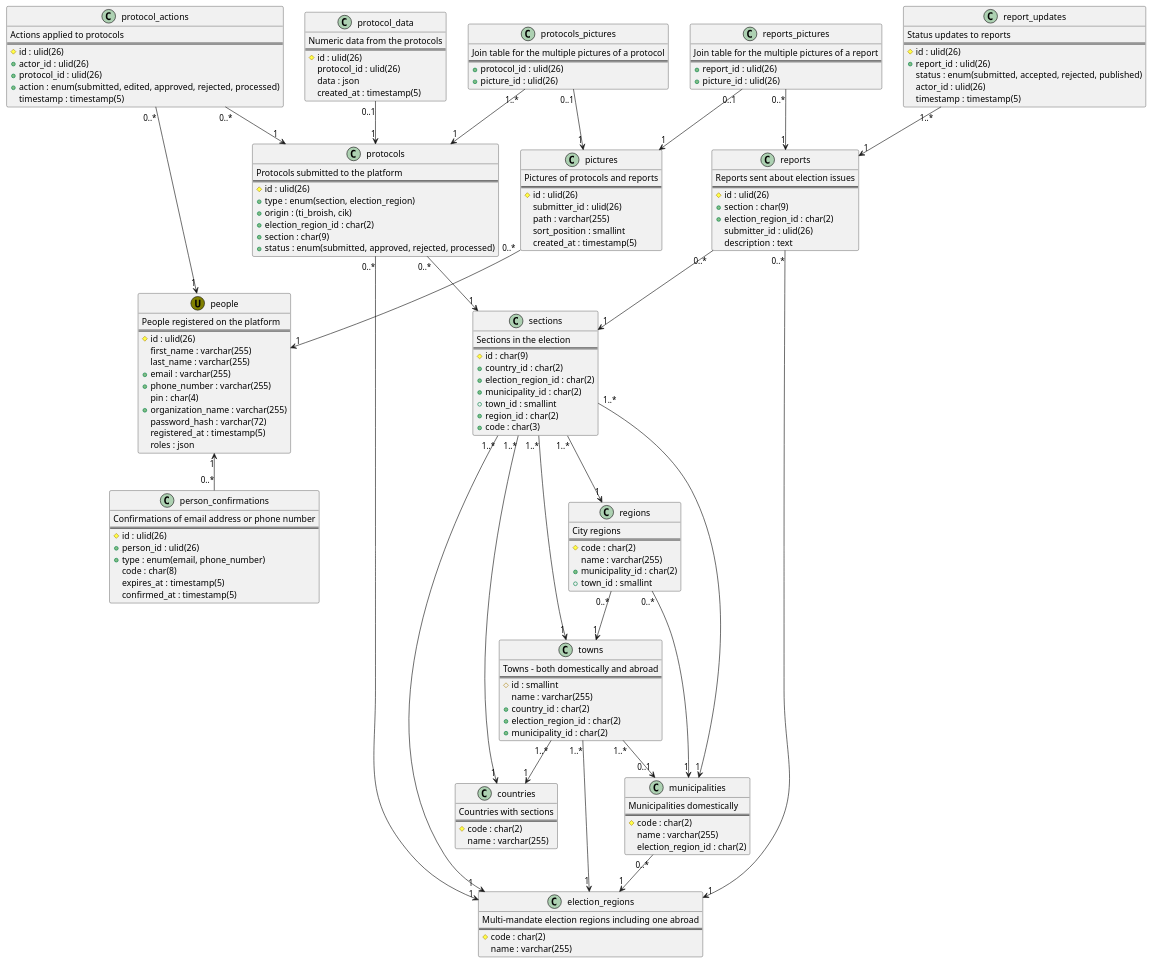
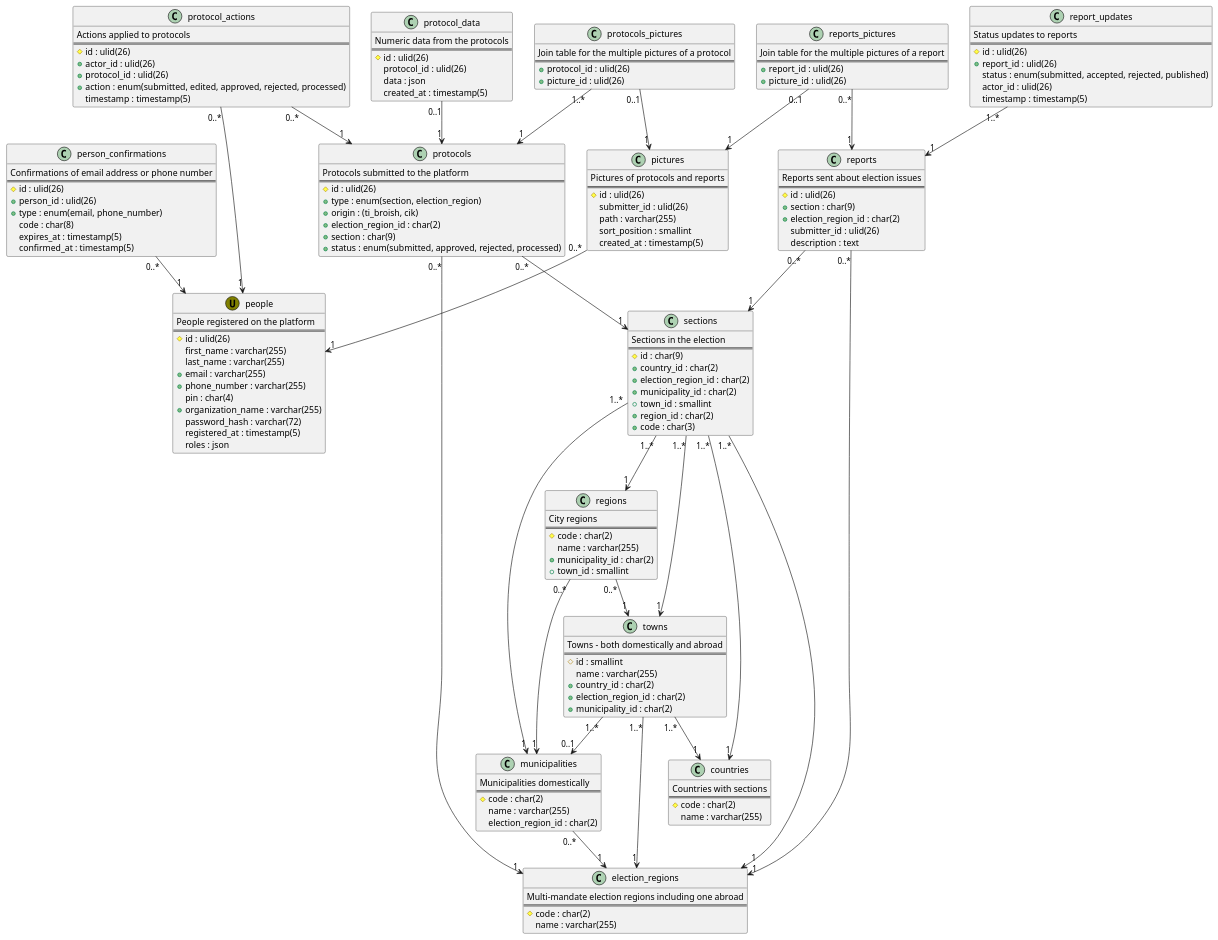
Before and after one commit to ti-broish/docs: the diagram in src/Контекст/Ти Броиш/База Данни/1.database.puml, drawn with PlantUML.

Commit message:
Unify db relationships direction

```diff
--- a/src/Контекст/Ти Броиш/База Данни/1.database.puml
+++ b/src/Контекст/Ти Броиш/База Данни/1.database.puml
@@ -1,194 +1,194 @@
 @startuml database
 
 class people <<(U,olive)>> {
   People registered on the platform
   ==
   #id : ulid(26)
   first_name : varchar(255)
   last_name : varchar(255)
   +email : varchar(255)
   +phone_number : varchar(255)
   pin : char(4)
   +organization_name : varchar(255)
   password_hash : varchar(72)
   registered_at : timestamp(5)
   roles : json
 }
 
-people "1" <-- "0..*" person_confirmations
+person_confirmations "0..*" --> "1" people
 
 class person_confirmations {
     Confirmations of email address or phone number
     ==
     #id : ulid(26)
     +person_id : ulid(26)
     +type : enum(email, phone_number)
     code : char(8)
     expires_at : timestamp(5)
     confirmed_at : timestamp(5)
 }
 
 class sections {
     Sections in the election
     ==
     #id : char(9)
     +country_id : char(2)
     +election_region_id : char(2)
     +municipality_id : char(2)
     +town_id : smallint
     +region_id : char(2)
     +code : char(3)
 }
 
 sections "1..*" --> "1" countries
 sections "1..*" --> "1" election_regions
 sections "1..*" --> "1" municipalities
 sections "1..*" --> "1" regions
 sections "1..*" --> "1" towns
 
 class protocols {
     Protocols submitted to the platform
     ==
     #id : ulid(26)
     +type : enum(section, election_region)
     +origin : (ti_broish, cik)
     +election_region_id : char(2)
     +section : char(9)
     +status : enum(submitted, approved, rejected, processed)
 }
 
 protocols "0..*" --> "1" sections
 protocols "0..*" --> "1" election_regions
 
 class protocol_data {
     Numeric data from the protocols
     ==
     #id : ulid(26)
     protocol_id : ulid(26)
     data : json
     created_at : timestamp(5)
 }
 
 protocol_data "0..1" --> "1" protocols
 
 class protocol_actions {
     Actions applied to protocols
     ==
     #id : ulid(26)
     +actor_id : ulid(26)
     +protocol_id : ulid(26)
     +action : enum(submitted, edited, approved, rejected, processed)
     timestamp : timestamp(5)
 }
 
 protocol_actions "0..*" --> "1" protocols
 protocol_actions "0..*" --> "1" people
 
 class reports {
     Reports sent about election issues
     ==
     #id : ulid(26)
     +section : char(9)
     +election_region_id : char(2)
     submitter_id : ulid(26)
     description : text
 }
 
 reports "0..*" --> "1" sections
 reports "0..*" --> "1" election_regions
 
 class report_updates {
     Status updates to reports
     ==
     #id : ulid(26)
     +report_id : ulid(26)
     status : enum(submitted, accepted, rejected, published)
     actor_id : ulid(26)
     timestamp : timestamp(5)
 }
 
 report_updates "1..*" --> "1" reports
 
 class pictures {
     Pictures of protocols and reports
     ==
     #id : ulid(26)
     submitter_id : ulid(26)
     path : varchar(255)
     sort_position : smallint
     created_at : timestamp(5)
 }
 
 pictures "0..*" --> "1" people
 
 class reports_pictures {
     Join table for the multiple pictures of a report
     ==
     +report_id : ulid(26)
     +picture_id : ulid(26)
 }
 
 reports_pictures "0..1" --> "1" pictures
 reports_pictures "0..*" --> "1" reports
 
 class protocols_pictures {
     Join table for the multiple pictures of a protocol
     ==
     +protocol_id : ulid(26)
     +picture_id : ulid(26)
 }
 
 protocols_pictures "0..1" --> "1" pictures
 protocols_pictures "1..*" --> "1" protocols
 
 class election_regions {
     Multi-mandate election regions including one abroad
     ==
     #code : char(2)
     name : varchar(255)
 }
 
 class countries {
     Countries with sections
     ==
     #code : char(2)
     name : varchar(255)
 }
 
 class municipalities {
     Municipalities domestically
     ==
     #code : char(2)
     name : varchar(255)
     election_region_id : char(2)
 }
 
 municipalities "0..*" --> "1" election_regions
 
 class towns {
     Towns - both domestically and abroad
     ==
     #id : smallint
     name : varchar(255)
     +country_id : char(2)
     +election_region_id : char(2)
     +municipality_id : char(2)
 }
 
 towns "1..*" --> "1" countries
 towns "1..*" --> "1" election_regions
 towns "1..*" --> "0..1" municipalities
 
 class regions {
     City regions
     ==
     #code : char(2)
     name : varchar(255)
     +municipality_id : char(2)
     +town_id : smallint
 }
 
 regions "0..*" --> "1" municipalities
 regions "0..*" --> "1" towns
 
 @enduml
```
